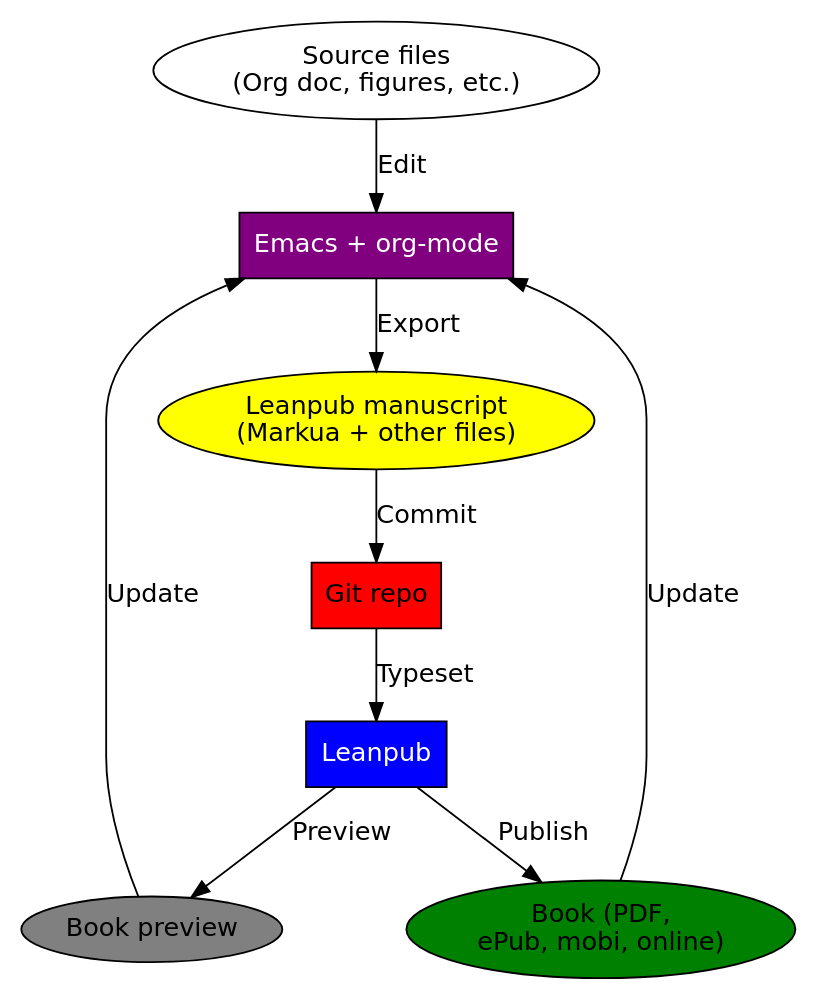
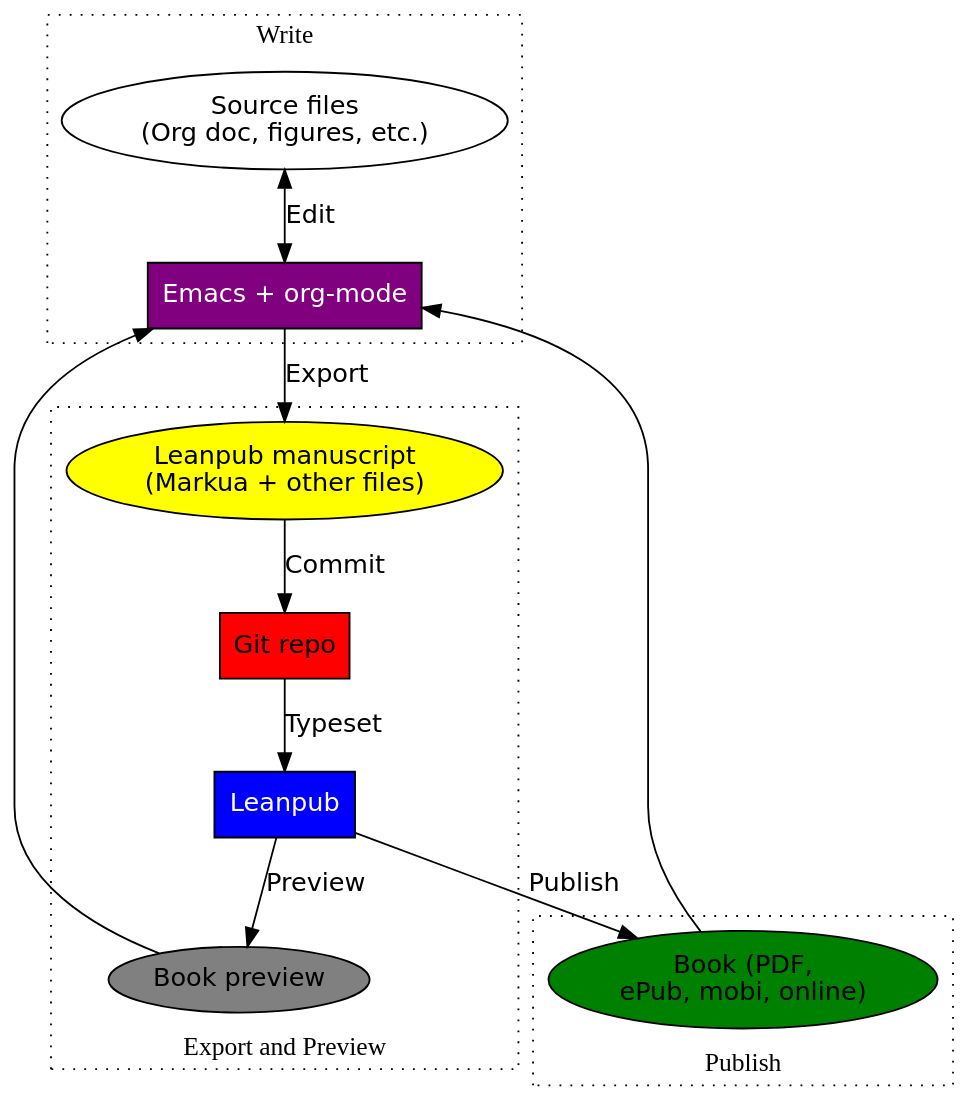
The diagram in book.org (zzamboni/emacs-org-leanpub), drawn with Graphviz before and after one commit. The commit also changed other lines of this file and 4 other files, not shown here.

```diff
--- a/book.org
+++ b/book.org
@@ -139,27 +142,44 @@
-#+begin_src dot :file "./images/high-level-workflow.png" :exports both
-  digraph {
-     rankdir=TB;
-     node [fontname="DejaVu Sans"];
-     edge [fontname="DejaVu Sans"];
-     files [label="Source files\n(Org doc, figures, etc.)", shape=oval];
-     emacs [label="Emacs + org-mode",
-            fillcolor=purple, fontcolor=white, style=filled, shape=box];
-     manuscript [label="Leanpub manuscript\n(Markua + other files)",
-                 fillcolor=yellow, style=filled, shape=oval];
-     leanpub [label="Leanpub",
-              fillcolor=blue, fontcolor=white, style=filled, shape=box];
-     git [label="Git repo", fillcolor=red, style=filled, shape=box];
-     preview [label="Book preview",
-              fillcolor=grey, style=filled, shape=oval];
-     book [label="Book (PDF,\nePub, mobi, online)",
-           shape=oval, fillcolor=green, style=filled];
-     files -> emacs      [label="Edit"];
-     emacs -> manuscript [label="Export"];
-     manuscript -> git   [label="Commit"];
-     git -> leanpub      [label="Typeset"];
-     leanpub -> book     [label="Publish"];
-     book -> emacs       [label="Update"];
-     leanpub -> preview  [label="Preview"];
-     preview -> emacs    [label="Update"];
-  }
+#+begin_src dot :file "images/high-level-workflow.png" :exports both
+digraph {
+    bgcolor="transparent";
+    rankdir=TB;
+    node [fontname="DejaVu Sans"];
+    edge [fontname="DejaVu Sans"];
+    files [label="Source files\n(Org doc, figures, etc.)", shape=oval];
+    emacs [label="Emacs + org-mode",
+           fillcolor=purple, fontcolor=white, style=filled, shape=box];
+    manuscript [label="Leanpub manuscript\n(Markua + other files)",
+                fillcolor=yellow, style=filled, shape=oval];
+    leanpub [label="Leanpub",
+             fillcolor=blue, fontcolor=white, style=filled, shape=box];
+    git [label="Git repo", fillcolor=red, style=filled, shape=box];
+    preview [label="Book preview",
+             fillcolor=grey, style=filled, shape=oval];
+    book [label="Book (PDF,\nePub, mobi, online)",
+          shape=oval, fillcolor=green, style=filled];
+    subgraph cluster_writing {
+        label="Write";
+        rankdir=TB;
+        graph [style=dotted];
+        files -> emacs      [label="Edit", dir="both", weight=10];
+    };
+    subgraph cluster_export_preview {
+        label="Export and Preview";
+        labelloc="b";
+        rankdir=TB;
+        graph [style=dotted];
+        emacs -> manuscript [label="Export", weight=10];
+        manuscript -> git   [label="Commit", weight=10];
+        git -> leanpub      [label="Typeset", weight=10];
+        leanpub -> preview  [label="Preview"];
+    };
+    subgraph cluster_publish {
+        label="Publish";
+        labelloc="b";
+        graph [style=dotted];
+        leanpub -> book     [label="Publish"];
+    };
+    book -> emacs;
+    preview -> emacs;
+}
 #+end_src
```
